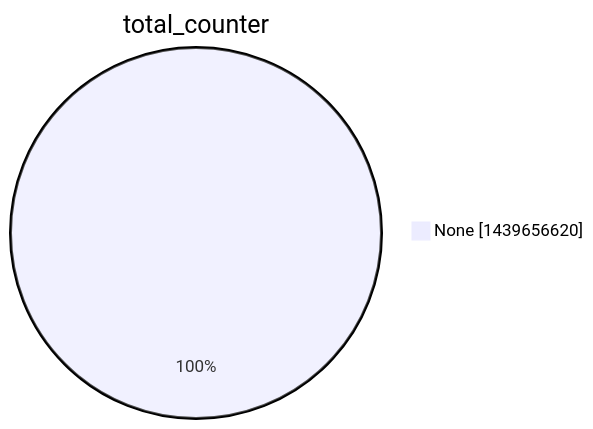
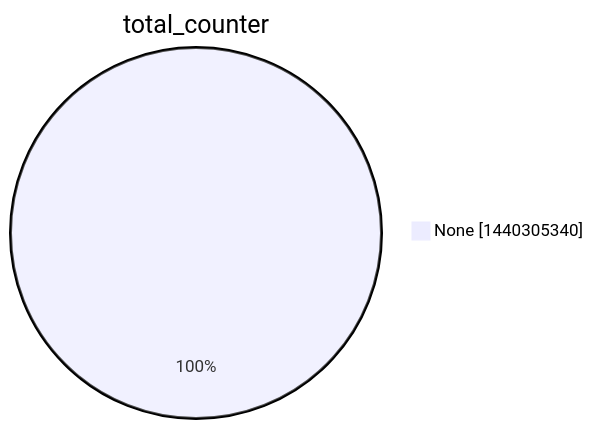
Before and after one commit to christiankrug/ctmonitor_visualization: the second of 15 diagrams in argon2022/README.md, drawn with Mermaid. The commit also changed other lines of this file, not shown here.

````diff
--- a/argon2022/README.md
+++ b/argon2022/README.md
@@ -9,5 +9,5 @@
 ```mermaid
 pie showData
 title total_counter
-"None" :1439656620
+"None" :1440305340
 ```
````
